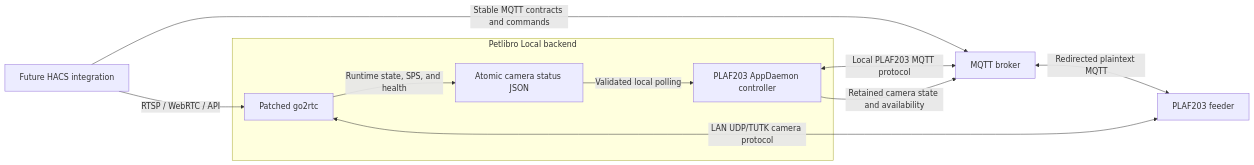
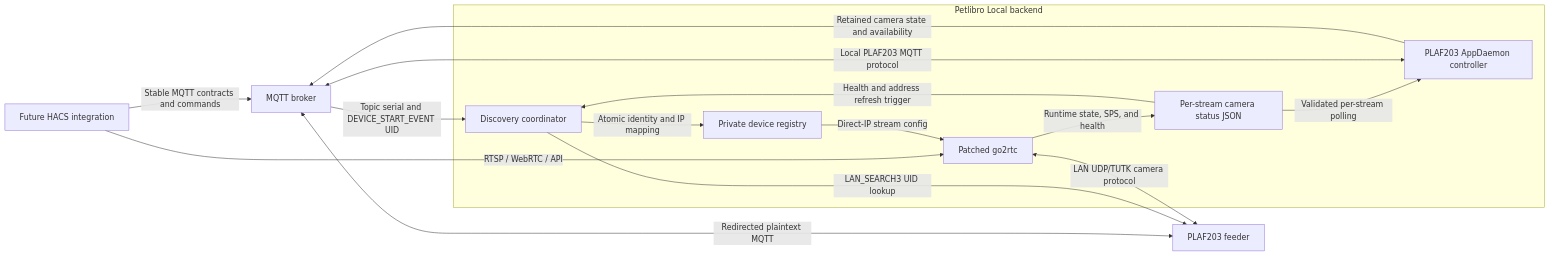
Before and after one commit to tannerln7/ha-addon-petlibro-local: the diagram in docs/architecture.md, drawn with Mermaid. The commit also changed other lines of this file and 28 other files, not shown here.

````diff
--- a/docs/architecture.md
+++ b/docs/architecture.md
@@ -7,18 +7,25 @@
 ```mermaid
 flowchart LR
     UI[Future HACS integration] -->|Stable MQTT contracts and commands| Broker[MQTT broker]
     UI -->|RTSP / WebRTC / API| Go2rtc[Patched go2rtc]
 
     subgraph Backend[Petlibro Local backend]
+        Discovery[Discovery coordinator]
+        Registry[Private device registry]
         Controller[PLAF203 AppDaemon controller]
         Go2rtc
-        Status[Atomic camera status JSON]
+        Status[Per-stream camera status JSON]
     end
 
+    Broker -->|Topic serial and DEVICE_START_EVENT UID| Discovery
+    Discovery -->|Atomic identity and IP mapping| Registry
+    Discovery -->|LAN_SEARCH3 UID lookup| Feeder
+    Registry -->|Direct-IP stream config| Go2rtc
     Go2rtc -->|Runtime state, SPS, and health| Status
-    Status -->|Validated local polling| Controller
+    Status -->|Health and address refresh trigger| Discovery
+    Status -->|Validated per-stream polling| Controller
     Controller <-->|Local PLAF203 MQTT protocol| Broker
     Controller -->|Retained camera state and availability| Broker
     Broker <-->|Redirected plaintext MQTT| Feeder[PLAF203 feeder]
     Go2rtc <-->|LAN UDP/TUTK camera protocol| Feeder
 ```
````
